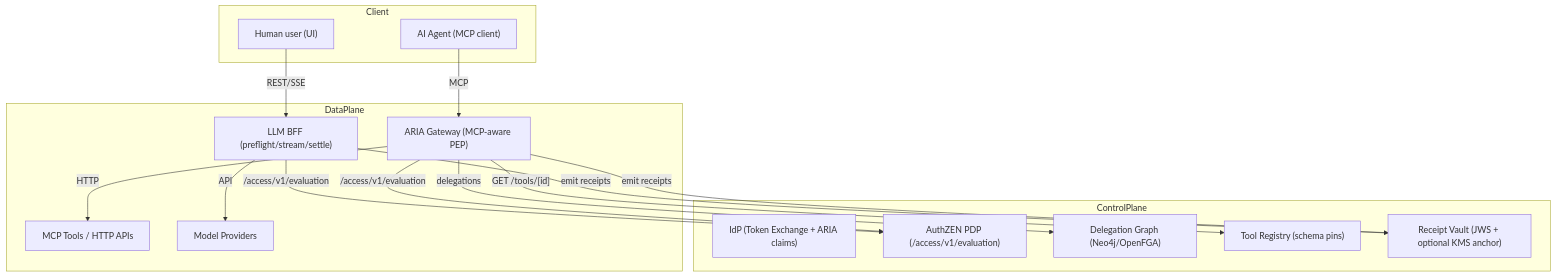
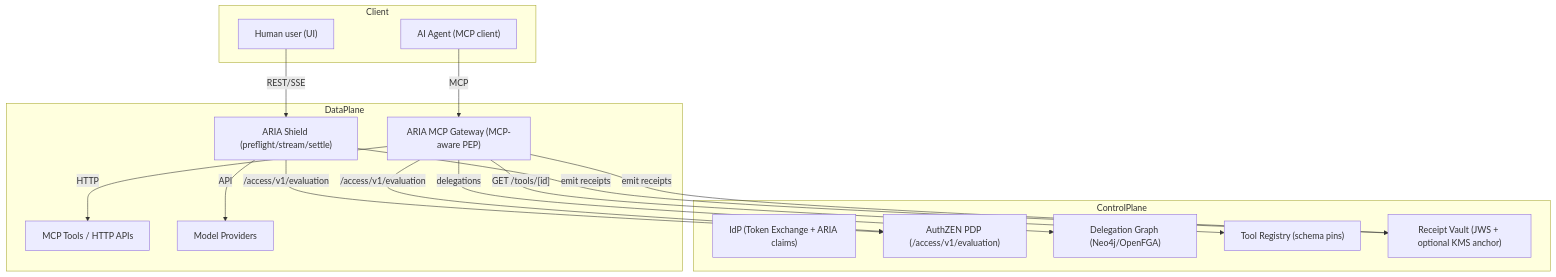
Before and after one commit to empowerID/empowernow_docs: the first of 2 diagrams in docs/website_copy/product_agentic_ai.md, drawn with Mermaid. The commit also changed other lines of this file and 36 other files, not shown here.

Commit message:
docs: standardize naming to ARIA Shield and ARIA MCP Gateway; clarify budget vs MCP, update hubs & marketing

````diff
--- a/docs/website_copy/product_agentic_ai.md
+++ b/docs/website_copy/product_agentic_ai.md
@@ -60,35 +60,35 @@
 ```mermaid
 graph TB
   subgraph Client
     Agent["AI Agent (MCP client)"]
     Human["Human user (UI)"]
   end
 
   subgraph ControlPlane
     IdP["IdP (Token Exchange + ARIA claims)"]
     PDP["AuthZEN PDP (/access/v1/evaluation)"]
     Membership["Delegation Graph (Neo4j/OpenFGA)"]
     ToolRegistry["Tool Registry (schema pins)"]
     ReceiptVault["Receipt Vault (JWS + optional KMS anchor)"]
   end
 
   subgraph DataPlane
-    ARIA["ARIA Gateway (MCP-aware PEP)"]
-    BFF["LLM BFF (preflight/stream/settle)"]
+    ARIA["ARIA MCP Gateway (MCP-aware PEP)"]
+    BFF["ARIA Shield (preflight/stream/settle)"]
     Tools["MCP Tools / HTTP APIs"]
     LLMs["Model Providers"]
   end
 
   Human -->|REST/SSE| BFF
   Agent -->|MCP| ARIA
   BFF -->|API| LLMs
   ARIA -->|HTTP| Tools
 
   ARIA -->|/access/v1/evaluation| PDP
   ARIA -->|"GET /tools/[id]"| ToolRegistry
   ARIA -->|delegations| Membership
   ARIA -->|emit receipts| ReceiptVault
 
   BFF -->|/access/v1/evaluation| PDP
   BFF -->|emit receipts| ReceiptVault
 ```
````
